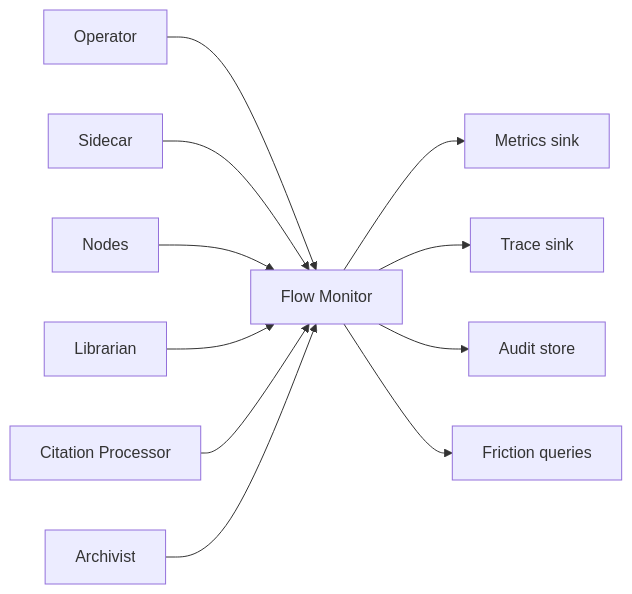
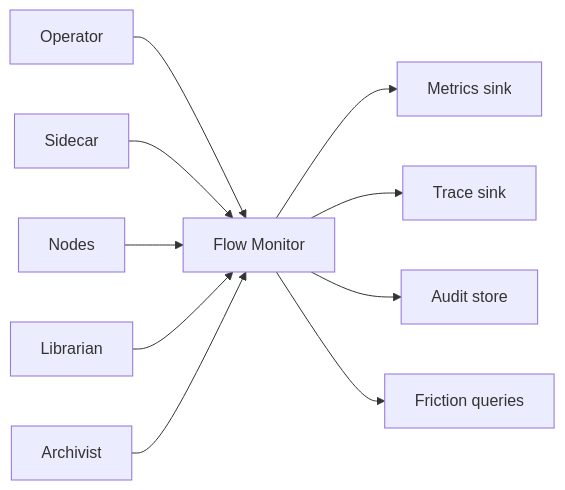
Before and after one commit to really-knows-ai/gideas: the first of 2 diagrams in 02-flow/07-operations.md, drawn with Mermaid. The commit also changed other lines of this file and 13 other files, not shown here.

Commit message:
Refactor governance documentation to replace 'Citation Processor' with 'Flow Monitor' and update references to friction thresholds for law promotion and review hearings.

````diff
--- a/02-flow/07-operations.md
+++ b/02-flow/07-operations.md
@@ -28,14 +28,13 @@
 ```mermaid
 flowchart LR
     OP["Operator"] --> FM["Flow Monitor"]
     SC["Sidecar"] --> FM
     ND["Nodes"] --> FM
     LB["Librarian"] --> FM
-    CP["Citation Processor"] --> FM
     AR["Archivist"] --> FM
 
     FM --> MT["Metrics sink"]
     FM --> TR["Trace sink"]
     FM --> AU["Audit store"]
     FM --> FR["Friction queries"]
 ```
````
